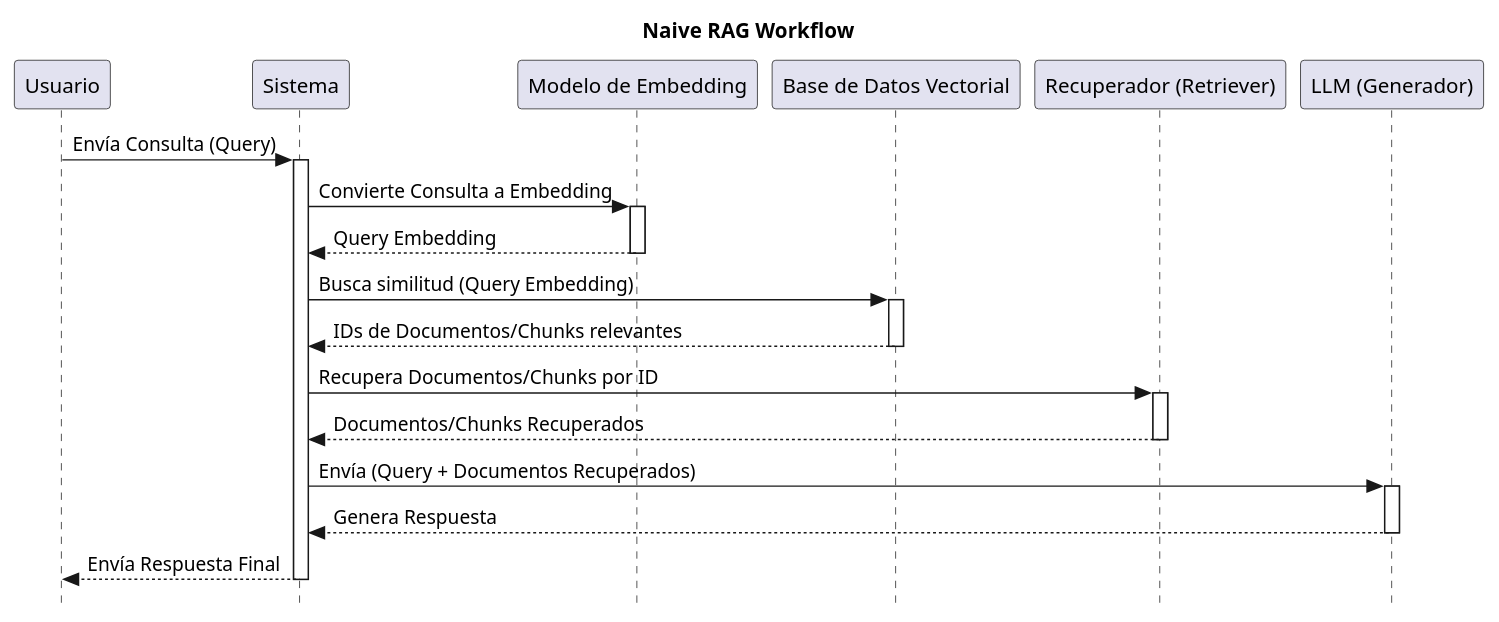
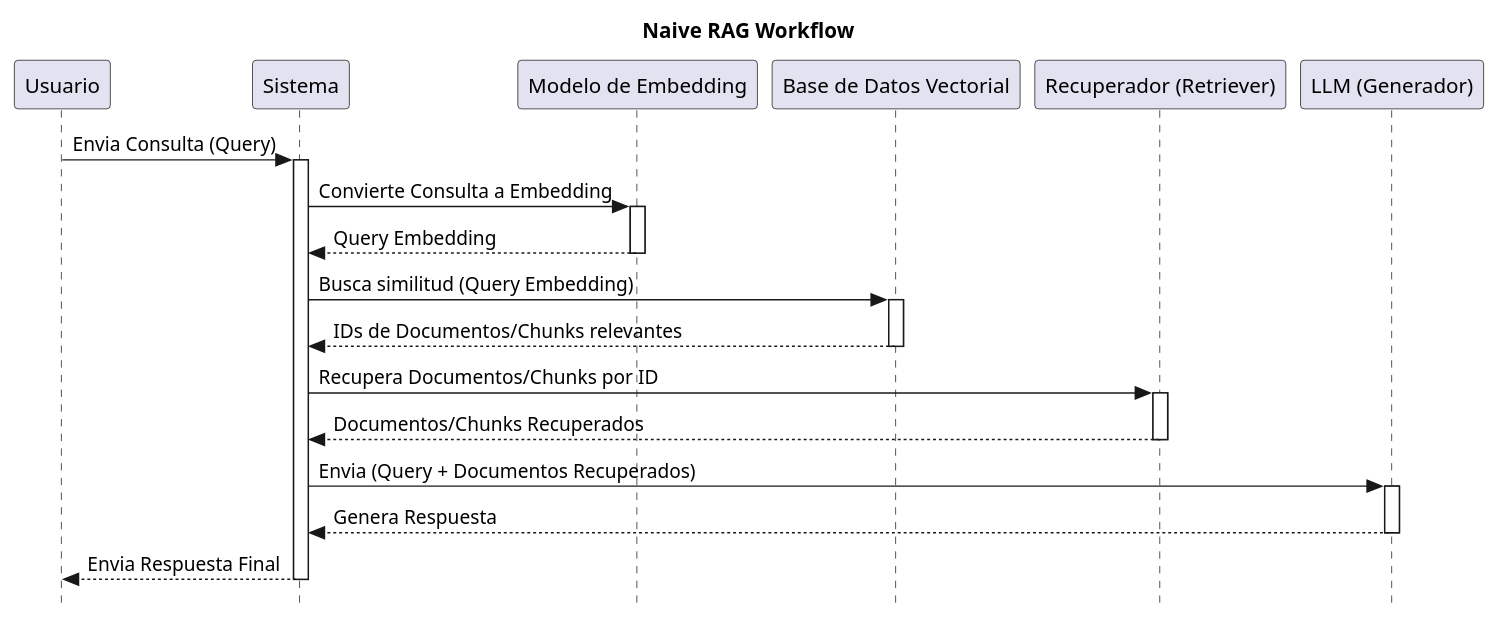
One commit to carloss4dv/langagent changed the diagram in diagrams/naive_rag.puml. Above: the diagram before and after it, drawn with PlantUML. The commit also changed 29 other files, not shown here.

```diff
--- a/diagrams/naive_rag.puml
+++ b/diagrams/naive_rag.puml
@@ -1,39 +1,39 @@
 @startuml
 skinparam style strictuml
 
 title Naive RAG Workflow
 
 participant "Usuario" as User
 participant "Sistema" as System
 participant "Modelo de Embedding" as EmbeddingModel
 participant "Base de Datos Vectorial" as VectorDB
 participant "Recuperador (Retriever)" as Retriever
 participant "LLM (Generador)" as LLM
 
-User -> System: Envía Consulta (Query)
+User -> System: Envia Consulta (Query)
 activate System
 
 System -> EmbeddingModel: Convierte Consulta a Embedding
 activate EmbeddingModel
 EmbeddingModel --> System: Query Embedding
 deactivate EmbeddingModel
 
 System -> VectorDB: Busca similitud (Query Embedding)
 activate VectorDB
 VectorDB --> System: IDs de Documentos/Chunks relevantes
 deactivate VectorDB
 
 System -> Retriever: Recupera Documentos/Chunks por ID
 activate Retriever
 Retriever --> System: Documentos/Chunks Recuperados
 deactivate Retriever
 
-System -> LLM: Envía (Query + Documentos Recuperados)
+System -> LLM: Envia (Query + Documentos Recuperados)
 activate LLM
 LLM --> System: Genera Respuesta
 deactivate LLM
 
-System --> User: Envía Respuesta Final
+System --> User: Envia Respuesta Final
 deactivate System
 
 @enduml
```
